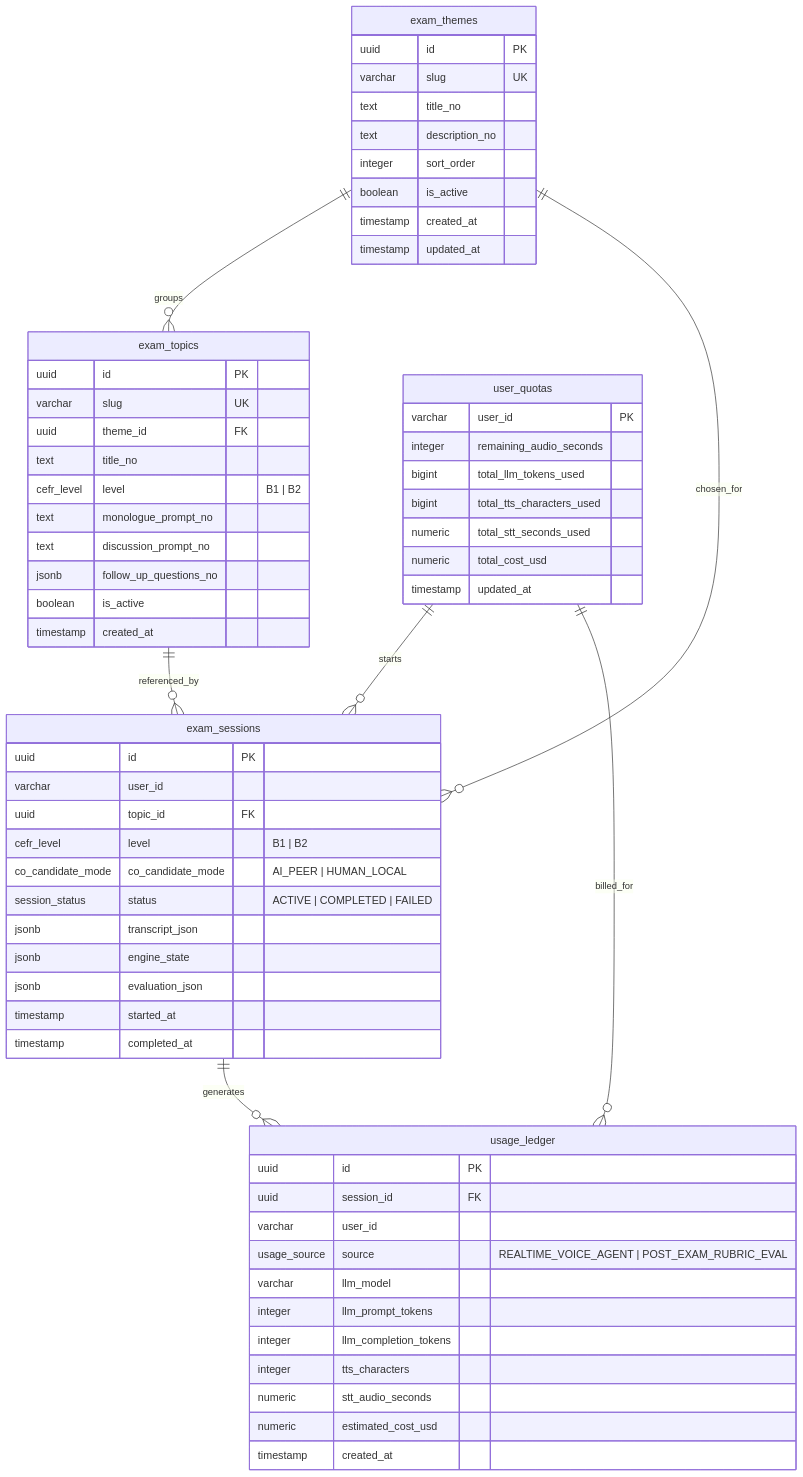
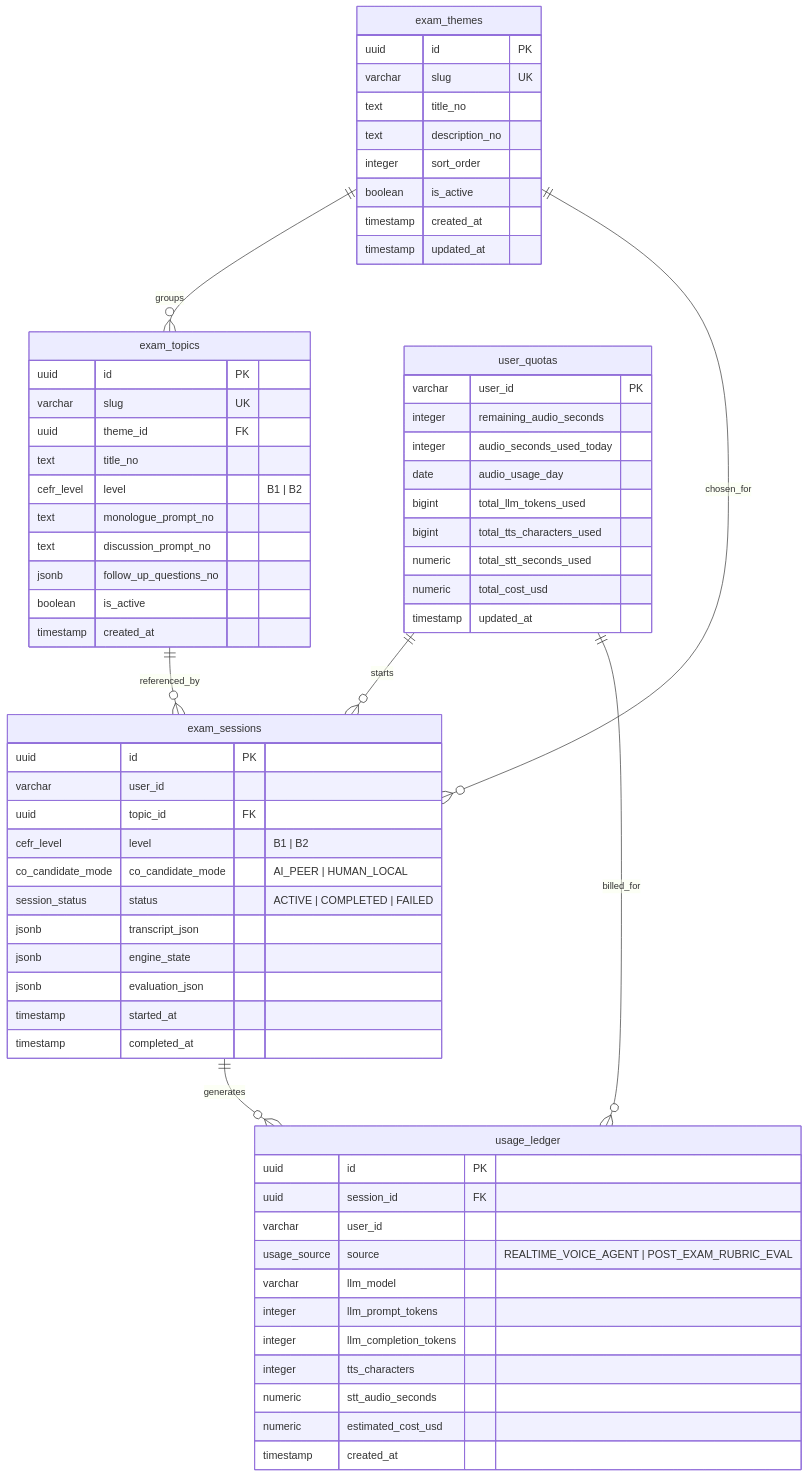
Before and after one commit to mujtabanaqvi/norsk-app: the diagram in docs/DATABASE_SCHEMA.md, drawn with Mermaid. The commit also changed other lines of this file and 22 other files, not shown here.

````diff
--- a/docs/DATABASE_SCHEMA.md
+++ b/docs/DATABASE_SCHEMA.md
@@ -9,71 +9,73 @@
 ```mermaid
 erDiagram
     exam_themes ||--o{ exam_topics : "groups"
     exam_themes ||--o{ exam_sessions : "chosen_for"
     exam_topics ||--o{ exam_sessions : "referenced_by"
     user_quotas ||--o{ exam_sessions : "starts"
     user_quotas ||--o{ usage_ledger : "billed_for"
     exam_sessions ||--o{ usage_ledger : "generates"
 
     exam_themes {
         uuid id PK
         varchar slug UK
         text title_no
         text description_no
         integer sort_order
         boolean is_active
         timestamp created_at
         timestamp updated_at
     }
 
     exam_topics {
         uuid id PK
         varchar slug UK
         uuid theme_id FK
         text title_no
         cefr_level level "B1 | B2"
         text monologue_prompt_no
         text discussion_prompt_no
         jsonb follow_up_questions_no
         boolean is_active
         timestamp created_at
     }
 
     user_quotas {
         varchar user_id PK
         integer remaining_audio_seconds
+        integer audio_seconds_used_today
+        date audio_usage_day
         bigint total_llm_tokens_used
         bigint total_tts_characters_used
         numeric total_stt_seconds_used
         numeric total_cost_usd
         timestamp updated_at
     }
 
     exam_sessions {
         uuid id PK
         varchar user_id
         uuid topic_id FK
         cefr_level level "B1 | B2"
         co_candidate_mode co_candidate_mode "AI_PEER | HUMAN_LOCAL"
         session_status status "ACTIVE | COMPLETED | FAILED"
         jsonb transcript_json
         jsonb engine_state
         jsonb evaluation_json
         timestamp started_at
         timestamp completed_at
     }
 
     usage_ledger {
         uuid id PK
         uuid session_id FK
         varchar user_id
         usage_source source "REALTIME_VOICE_AGENT | POST_EXAM_RUBRIC_EVAL"
         varchar llm_model
         integer llm_prompt_tokens
         integer llm_completion_tokens
         integer tts_characters
         numeric stt_audio_seconds
         numeric estimated_cost_usd
         timestamp created_at
     }
 ```
````
